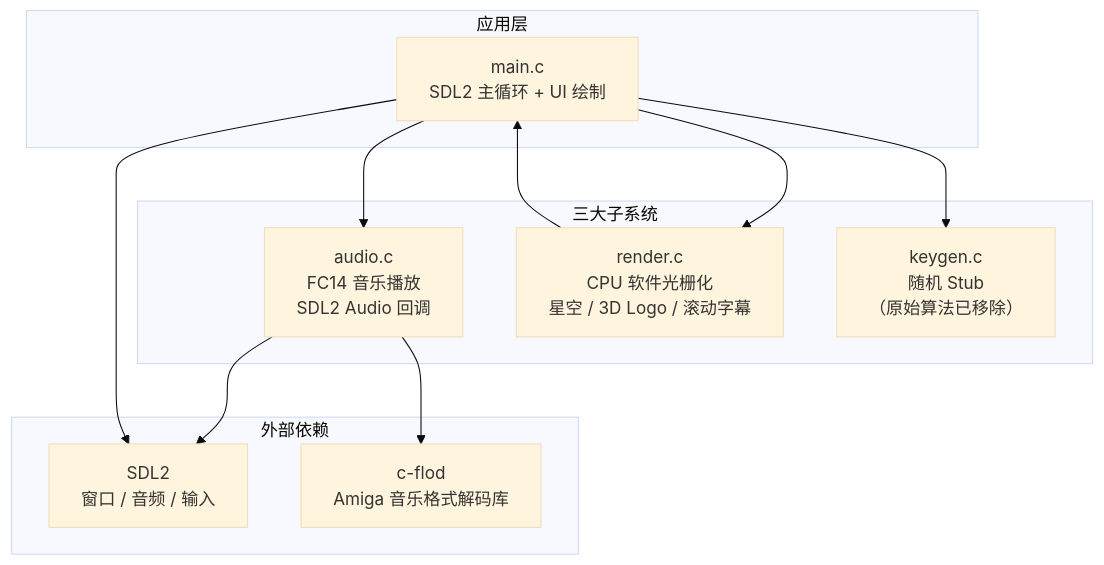
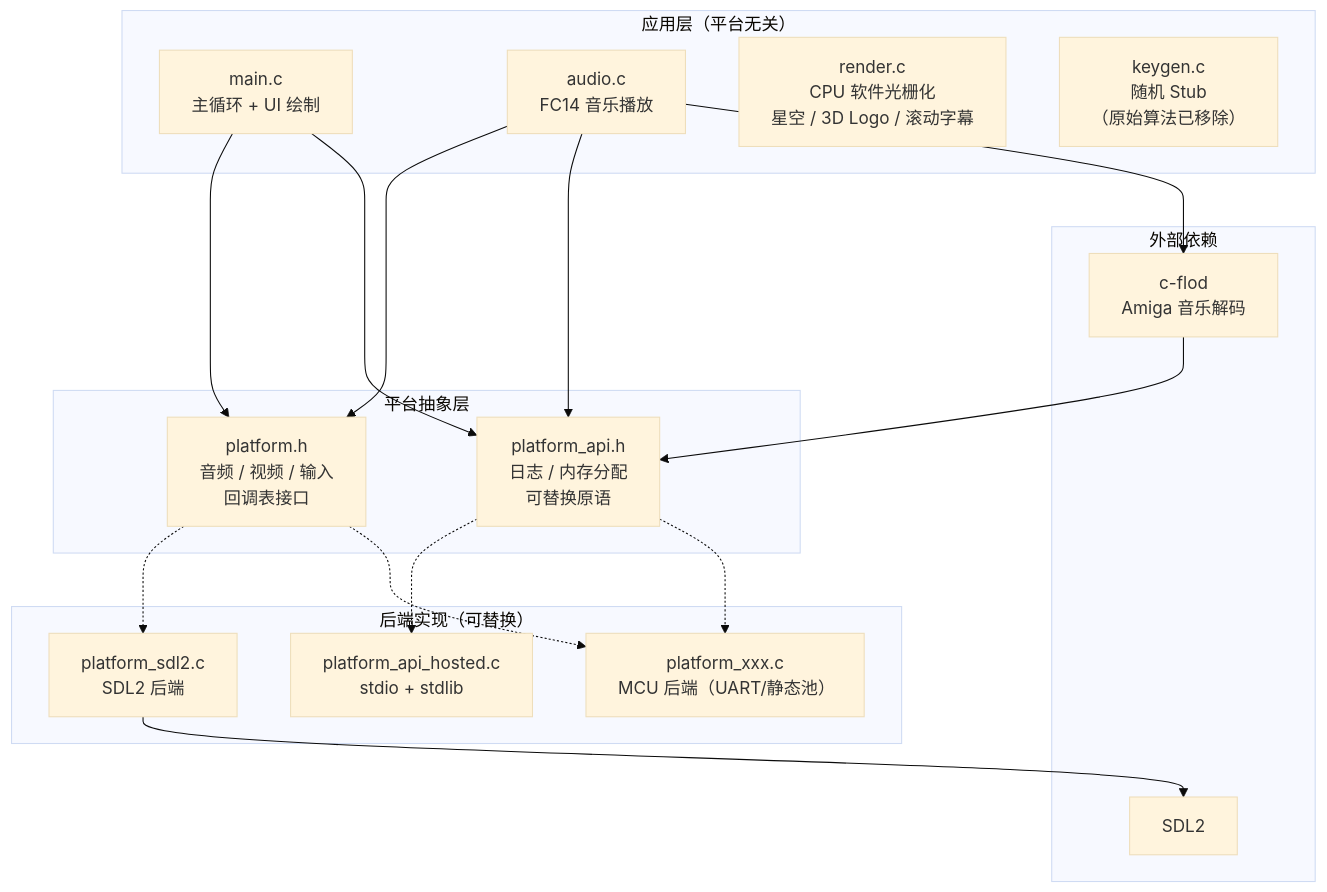
One commit to FASTSHIFT/keygen_re changed the first of 2 diagrams in README.md. Above: the diagram before and after it, drawn with Mermaid (base theme). The commit also changed other lines of this file, not shown here.

First line of the commit message:
refactor(naming): rename pal → platform_api, use full names

````diff
--- a/README.md
+++ b/README.md
@@ -26,25 +29,39 @@
 ```mermaid
 graph TB
-    subgraph "应用层"
-        MAIN["main.c<br/>SDL2 主循环 + UI 绘制"]
-    end
-
-    subgraph "三大子系统"
-        AUDIO["audio.c<br/>FC14 音乐播放<br/>SDL2 Audio 回调"]
+    subgraph "应用层（平台无关）"
+        MAIN["main.c<br/>主循环 + UI 绘制"]
+        AUDIO["audio.c<br/>FC14 音乐播放"]
         RENDER["render.c<br/>CPU 软件光栅化<br/>星空 / 3D Logo / 滚动字幕"]
         KEYGEN["keygen.c<br/>随机 Stub<br/>（原始算法已移除）"]
     end
 
-    subgraph "外部依赖"
-        SDL2["SDL2<br/>窗口 / 音频 / 输入"]
-        CFLOD["c-flod<br/>Amiga 音乐格式解码库"]
+    subgraph "平台抽象层"
+        PLATFORM_H["platform.h<br/>音频 / 视频 / 输入<br/>回调表接口"]
+        PLATFORM_API["platform_api.h<br/>日志 / 内存分配<br/>可替换原语"]
     end
 
-    MAIN --> AUDIO
-    MAIN --> RENDER
-    MAIN --> KEYGEN
-    AUDIO --> SDL2
+    subgraph "后端实现（可替换）"
+        SDL2_BE["platform_sdl2.c<br/>SDL2 后端"]
+        HOSTED["platform_api_hosted.c<br/>stdio + stdlib"]
+        MCU["platform_xxx.c<br/>MCU 后端（UART/静态池）"]
+    end
+
+    subgraph "外部依赖"
+        SDL2["SDL2"]
+        CFLOD["c-flod<br/>Amiga 音乐解码"]
+    end
+
+    MAIN --> PLATFORM_H
+    MAIN --> PLATFORM_API
+    AUDIO --> PLATFORM_H
+    AUDIO --> PLATFORM_API
     AUDIO --> CFLOD
-    RENDER --> MAIN
-    MAIN --> SDL2
+    CFLOD --> PLATFORM_API
+
+    PLATFORM_H -.-> SDL2_BE
+    PLATFORM_H -.-> MCU
+    PLATFORM_API -.-> HOSTED
+    PLATFORM_API -.-> MCU
+
+    SDL2_BE --> SDL2
 ```
````
